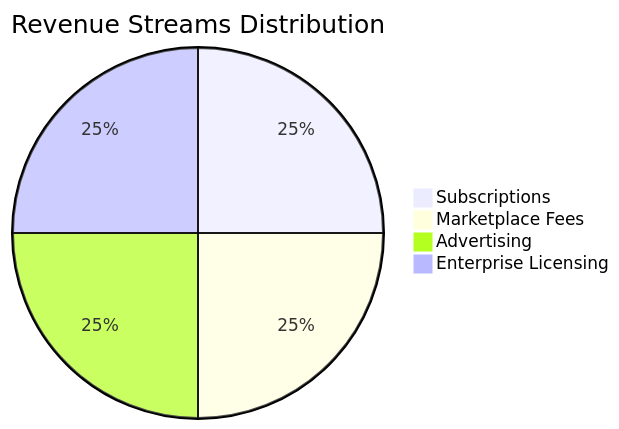
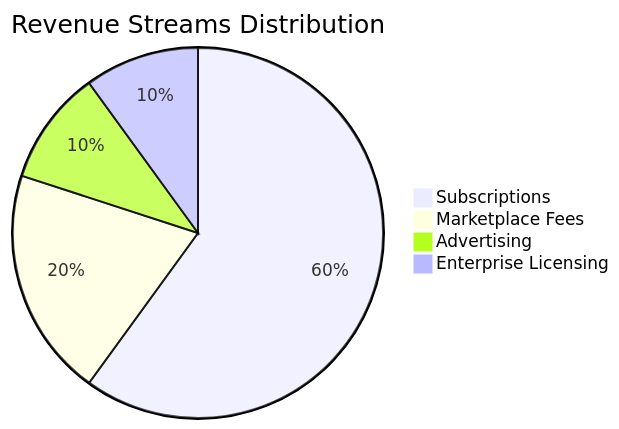
One commit to saikanov/ridwan-curhat changed the fourth of 6 diagrams in README.md. Above: the diagram before and after it, drawn with Mermaid. The commit also changed other lines of this file, not shown here.

````diff
--- a/README.md
+++ b/README.md
@@ -94,8 +31,8 @@
 ```mermaid
 pie
     title Revenue Streams Distribution
-    "Subscriptions" : 1
-    "Marketplace Fees" : 1
-    "Advertising" : 1
-    "Enterprise Licensing" : 1
+    "Subscriptions" : 60
+    "Marketplace Fees" : 20
+    "Advertising" : 10
+    "Enterprise Licensing" : 10
 ```
````
